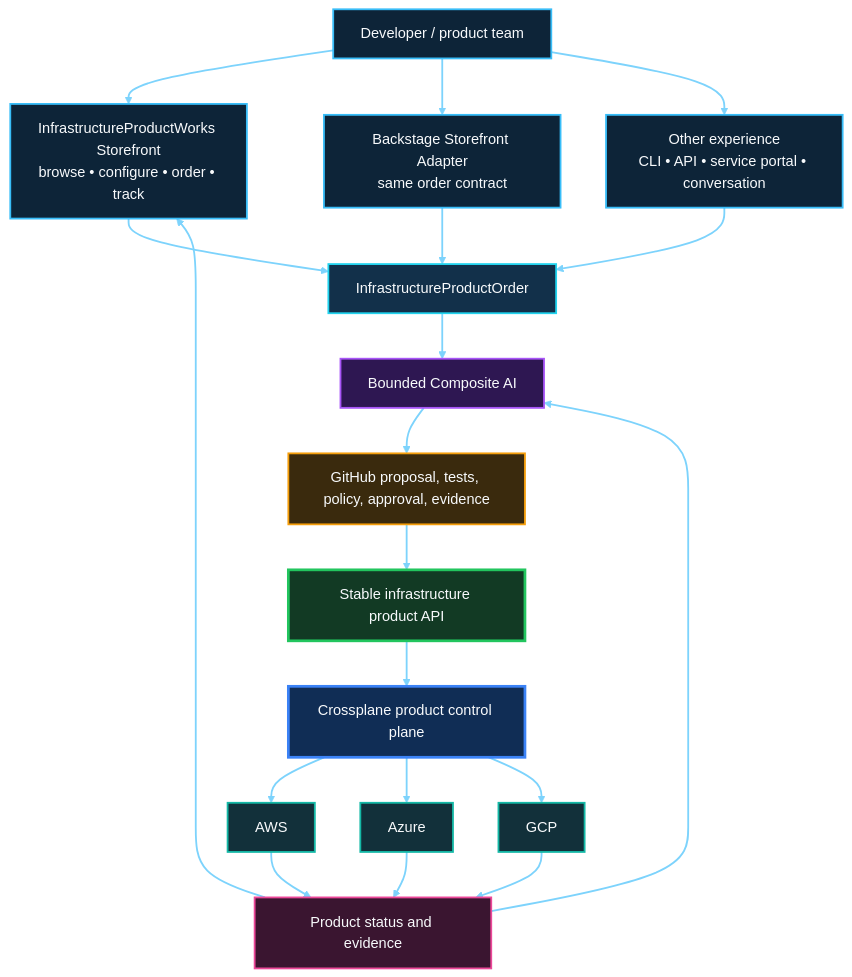
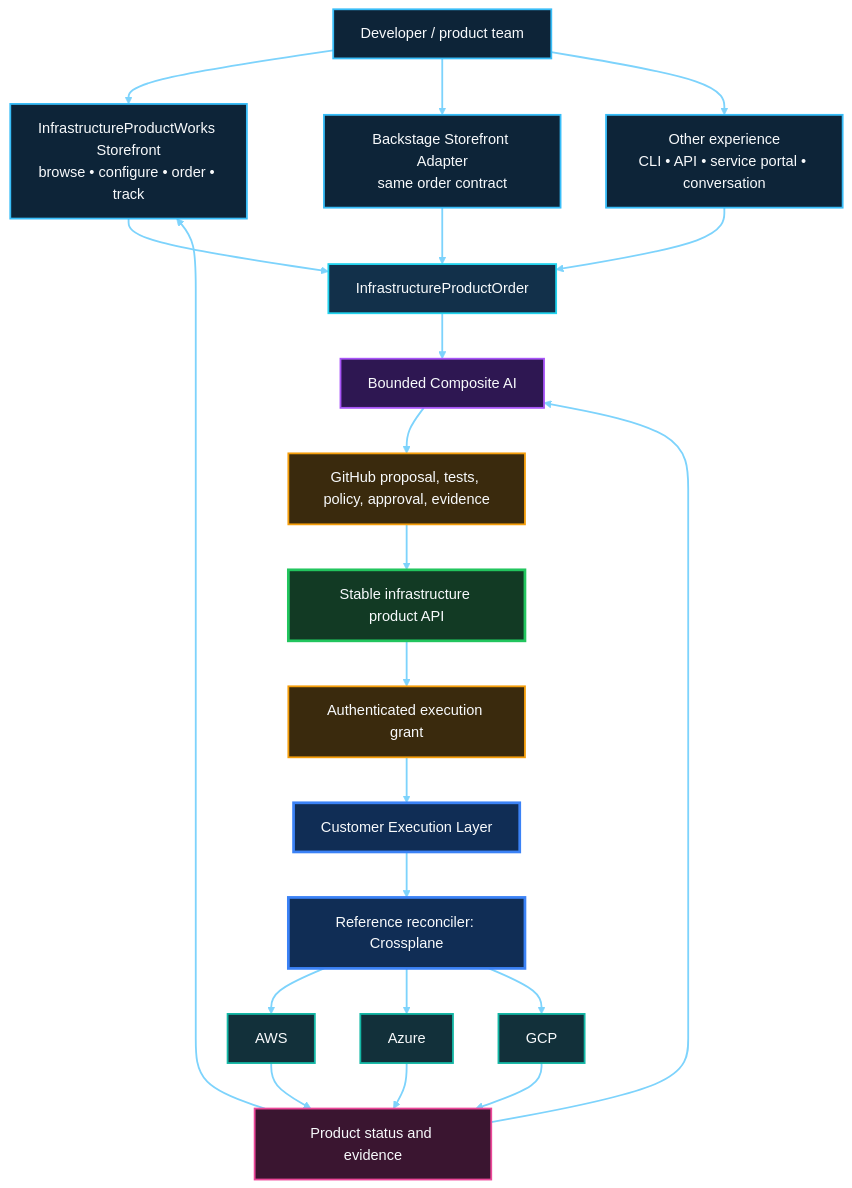
One commit to InfrastructureProductWorks/ai-powered-infrastructure-as-a-product changed the first of 7 diagrams in README.md. Above: the diagram before and after it, drawn with Mermaid. The commit also changed other lines of this file and 19 other files, not shown here.

First line of the commit message:
docs: define customer execution layer and government security profile (#170)

````diff
--- a/README.md
+++ b/README.md
@@ -191,53 +193,58 @@
 ```mermaid
 flowchart TB
   DEV[Developer / product team]
   STORE[InfrastructureProductWorks Storefront\nbrowse • configure • order • track]
   BS[Backstage Storefront Adapter\nsame order contract]
   ALT[Other experience\nCLI • API • service portal • conversation]
   ORDER[InfrastructureProductOrder]
   AI[Bounded Composite AI]
   GIT[GitHub proposal, tests, policy, approval, evidence]
   API[Stable infrastructure product API]
-  XP[Crossplane product control plane]
+  GRANT[Authenticated execution grant]
+  CEL[Customer Execution Layer]
+  XP[Reference reconciler: Crossplane]
   AWS[AWS]
   AZ[Azure]
   GCP[GCP]
   STATUS[Product status and evidence]
 
   DEV --> STORE
   DEV --> BS
   DEV --> ALT
   STORE --> ORDER
   BS --> ORDER
   ALT --> ORDER
   ORDER --> AI
   AI --> GIT
   GIT --> API
-  API --> XP
+  API --> GRANT
+  GRANT --> CEL
+  CEL --> XP
   XP --> AWS
   XP --> AZ
   XP --> GCP
   AWS --> STATUS
   AZ --> STATUS
   GCP --> STATUS
   STATUS --> AI
   STATUS --> STORE
 
   classDef experience fill:#0D2438,stroke:#38BDF8,stroke-width:2px,color:#F8FAFC
   classDef intent fill:#12304A,stroke:#22D3EE,stroke-width:2px,color:#F8FAFC
   classDef intelligence fill:#2E1752,stroke:#A855F7,stroke-width:2px,color:#F8FAFC
   classDef governance fill:#3A2A0D,stroke:#F59E0B,stroke-width:2px,color:#F8FAFC
   classDef contract fill:#123A24,stroke:#22C55E,stroke-width:3px,color:#F8FAFC
   classDef control fill:#102D55,stroke:#3B82F6,stroke-width:3px,color:#F8FAFC
   classDef cloud fill:#12303A,stroke:#14B8A6,stroke-width:2px,color:#F8FAFC
   classDef evidence fill:#3A1530,stroke:#EC4899,stroke-width:2px,color:#F8FAFC
   class DEV,STORE,BS,ALT experience
   class ORDER intent
   class AI intelligence
   class GIT governance
   class API contract
-  class XP control
+  class GRANT governance
+  class CEL,XP control
   class AWS,AZ,GCP cloud
   class STATUS evidence
   linkStyle default stroke:#7DD3FC,stroke-width:2px
 ```
````
